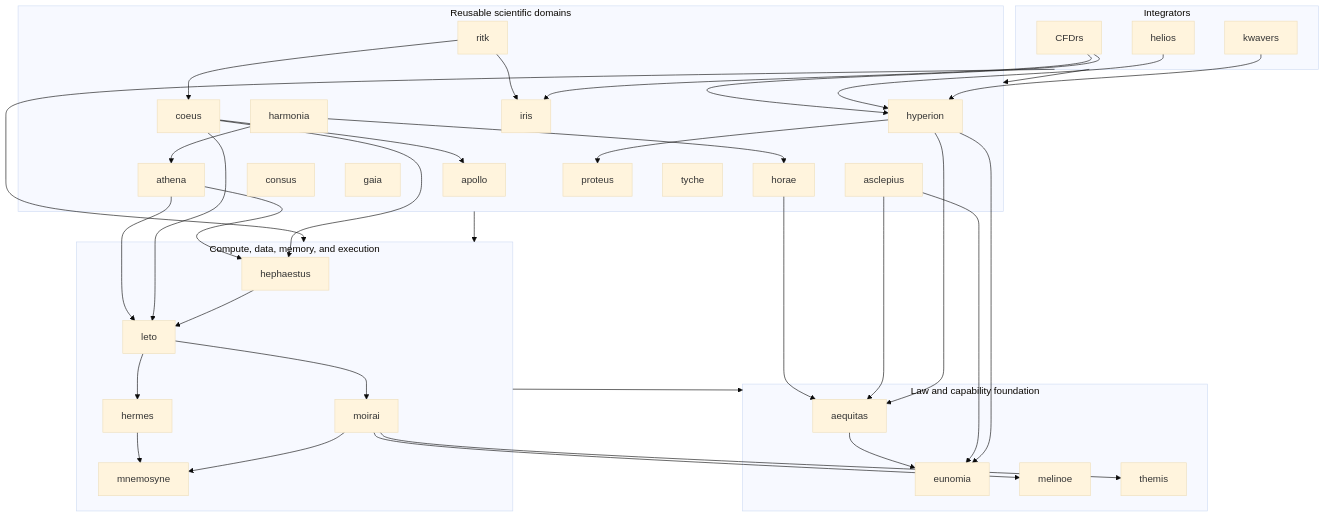
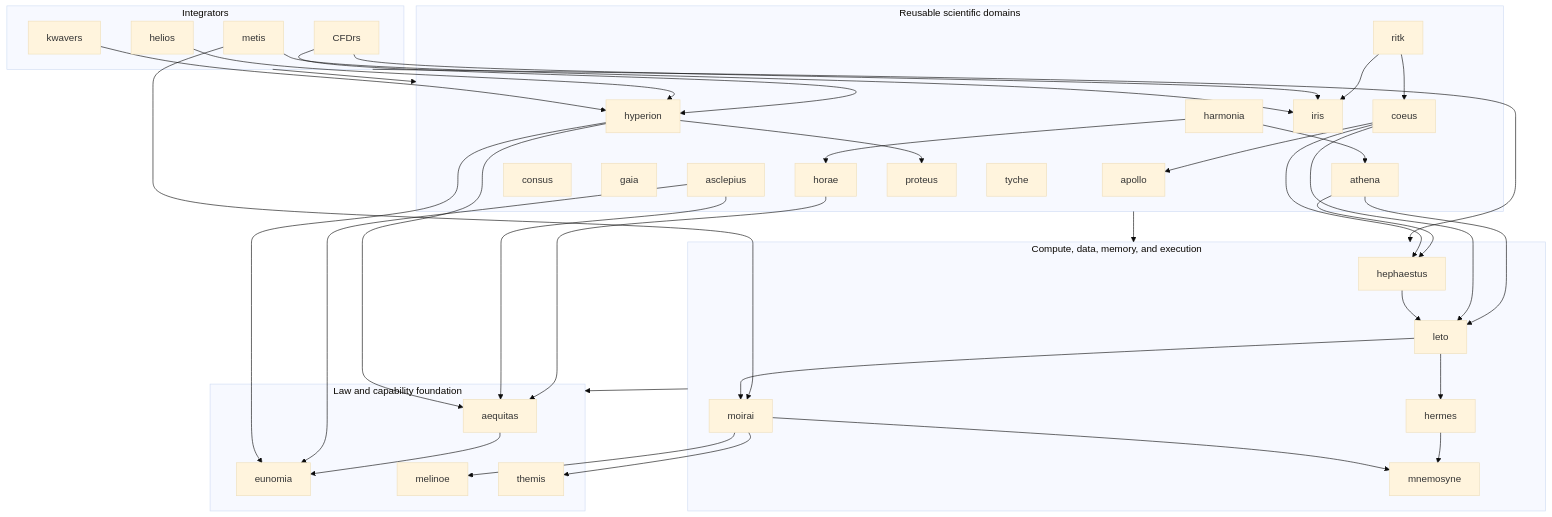
Before and after one commit to ryancinsight/atlas: the diagram in README.md, drawn with Mermaid (base theme). The commit also changed other lines of this file and 4 other files, not shown here.

````diff
--- a/README.md
+++ b/README.md
@@ -149,71 +151,74 @@
 ```mermaid
 flowchart TB
     subgraph Integrators
         CFDrs
         helios
         kwavers
+        metis
     end
 
     subgraph Domains["Reusable scientific domains"]
         apollo
         asclepius
         coeus
         consus
         gaia
         harmonia
         hyperion
         horae
         iris
         athena
         proteus
         ritk
         tyche
     end
 
     subgraph Compute["Compute, data, memory, and execution"]
         hephaestus
         hermes
         leto
         mnemosyne
         moirai
     end
 
     subgraph Foundation["Law and capability foundation"]
         aequitas
         eunomia
         melinoe
         themis
     end
 
     Integrators --> Domains
     Integrators --> Compute
     Domains --> Compute
     Compute --> Foundation
     aequitas --> eunomia
     horae --> aequitas
     athena --> leto
     athena --> hephaestus
     harmonia --> horae
     harmonia --> athena
     asclepius --> aequitas
     asclepius --> eunomia
     hyperion --> aequitas
     hyperion --> eunomia
     hyperion --> proteus
     CFDrs --> hyperion
     helios --> hyperion
     kwavers --> hyperion
     ritk --> iris
     CFDrs --> iris
+    metis --> iris
+    metis --> moirai
     coeus --> apollo
     coeus --> leto
     coeus --> hephaestus
     ritk --> coeus
     hephaestus --> leto
     leto --> hermes
     leto --> moirai
     hermes --> mnemosyne
     moirai --> mnemosyne
     moirai --> melinoe
     moirai --> themis
 ```
````
